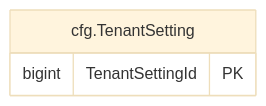
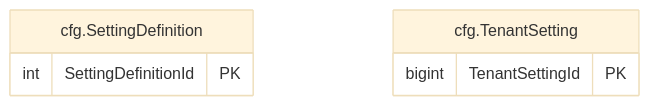
One commit to thawrasy/smartlines changed the diagram in treasury-platform/docs/diagrams/erd/m0_config_4.mmd. Above: the diagram before and after it, drawn with Mermaid (base theme). The commit also changed 78 other files, not shown here.

First line of the commit message:
Design-and-ERD document and its diagrams rebuilt for the S1 entry conditions

```diff
--- a/treasury-platform/docs/diagrams/erd/m0_config_4.mmd
+++ b/treasury-platform/docs/diagrams/erd/m0_config_4.mmd
@@ -1,5 +1,8 @@
 %% م0 · الإعدادات والمهام الخلفية (4/4) — Configuration & background jobs
 erDiagram
+  cfg_SettingDefinition["cfg.SettingDefinition"] {
+    int SettingDefinitionId PK
+  }
   cfg_TenantSetting["cfg.TenantSetting"] {
     bigint TenantSettingId PK
   }
```
